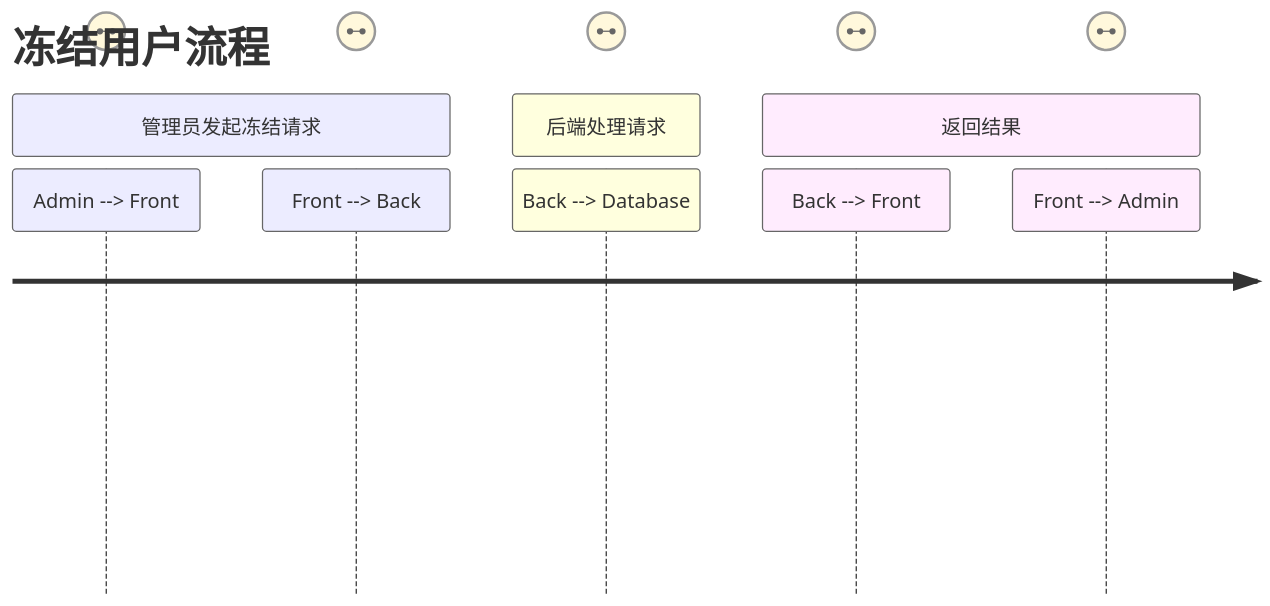
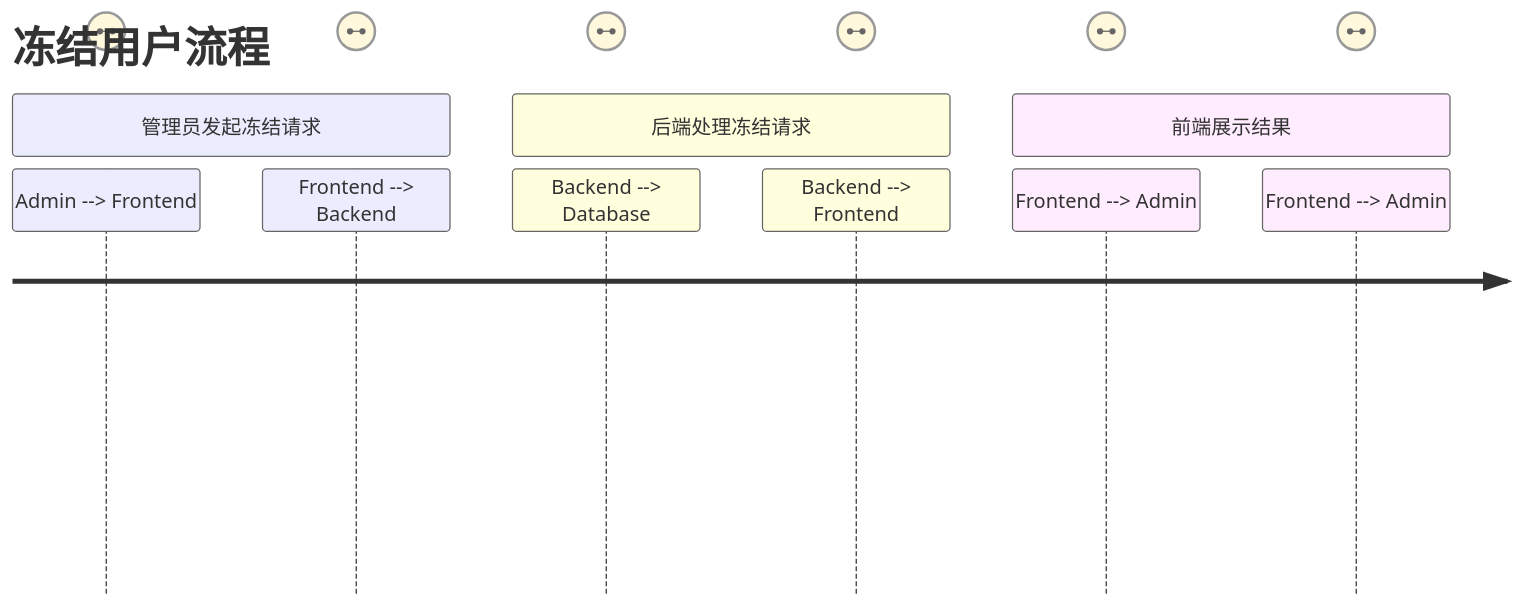
The diagram in all/未命名-2.md (qianlong520/iodraw-files), drawn with Mermaid before and after one commit.

Commit message:
2024-11-04 13:50:08 update

````diff
--- a/all/未命名-2.md
+++ b/all/未命名-2.md
@@ -1,12 +1,13 @@
 ```mermaid
 journey
-  title 冻结用户流程
-  section 管理员发起冻结请求
-    Admin --> Front: 选择需要冻结的用户
-    Front --> Back: 发送冻结请求 (管理员ID, 用户ID)
-  section 后端处理请求
-    Back --> Database: 将用户状态设为“冻结”
-  section 返回结果
-    Back --> Front: 返回冻结成功提示
-    Front --> Admin: 更新用户状态
+    title 冻结用户流程
+    section 管理员发起冻结请求
+      Admin --> Frontend: 选择需要冻结的用户
+      Frontend --> Backend: 发送冻结请求（管理员ID，用户ID）
+    section 后端处理冻结请求
+      Backend --> Database: 更新用户状态为“冻结”
+      Backend --> Frontend: 返回冻结结果
+    section 前端展示结果
+      Frontend --> Admin: 显示冻结成功提示
+      Frontend --> Admin: 更新用户状态
 ```
````
